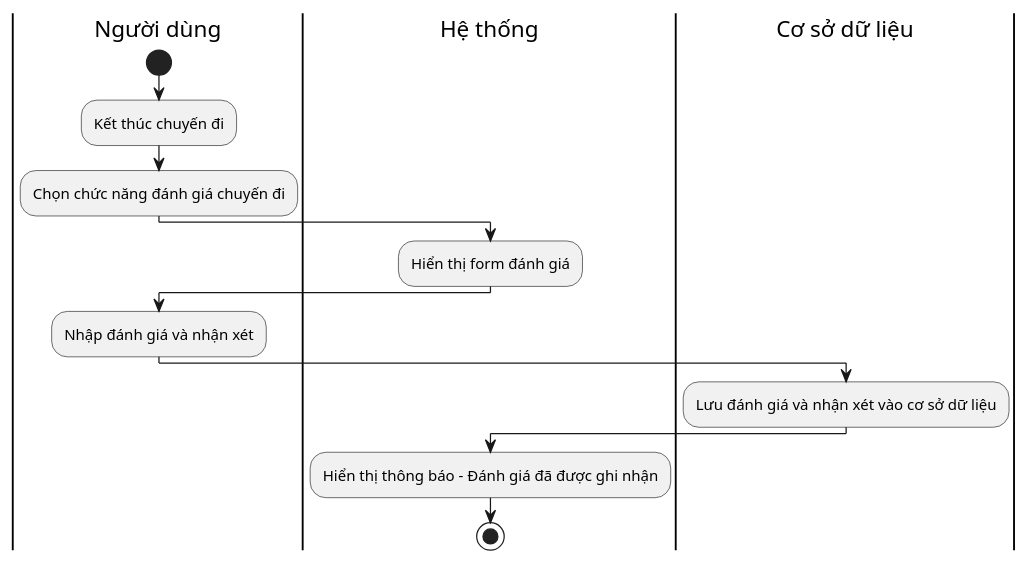
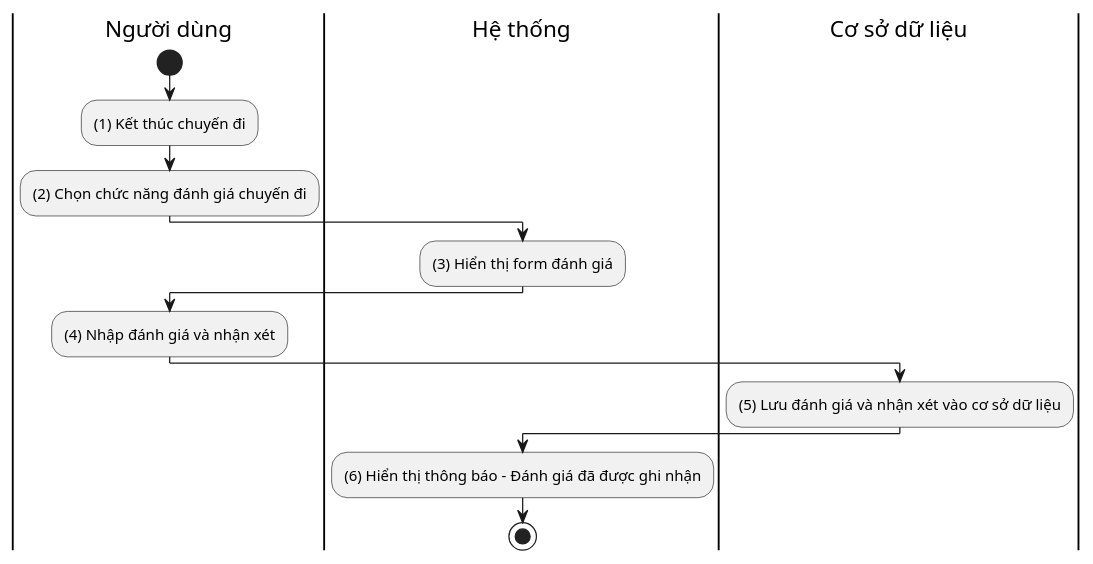
The diagram in lab1.2/activity_diagrams/review.plantuml (Khoitran0205/SE357-Pratice-class), drawn with PlantUML before and after one commit. The commit also changed 10 other files, not shown here.

```diff
--- a/lab1.2/activity_diagrams/review.plantuml
+++ b/lab1.2/activity_diagrams/review.plantuml
@@ -1,15 +1,15 @@
 @startuml review_activity_diagram
 |Người dùng|
 start
-:Kết thúc chuyến đi;
-:Chọn chức năng đánh giá chuyến đi;
+:(1) Kết thúc chuyến đi;
+:(2) Chọn chức năng đánh giá chuyến đi;
 |Hệ thống|
-:Hiển thị form đánh giá;
+:(3) Hiển thị form đánh giá;
 |Người dùng|
-:Nhập đánh giá và nhận xét;
+:(4) Nhập đánh giá và nhận xét;
 |Cơ sở dữ liệu|
-:Lưu đánh giá và nhận xét vào cơ sở dữ liệu;
+:(5) Lưu đánh giá và nhận xét vào cơ sở dữ liệu;
 |Hệ thống|
-:Hiển thị thông báo - Đánh giá đã được ghi nhận;
+:(6) Hiển thị thông báo - Đánh giá đã được ghi nhận;
 stop
 @enduml
```
